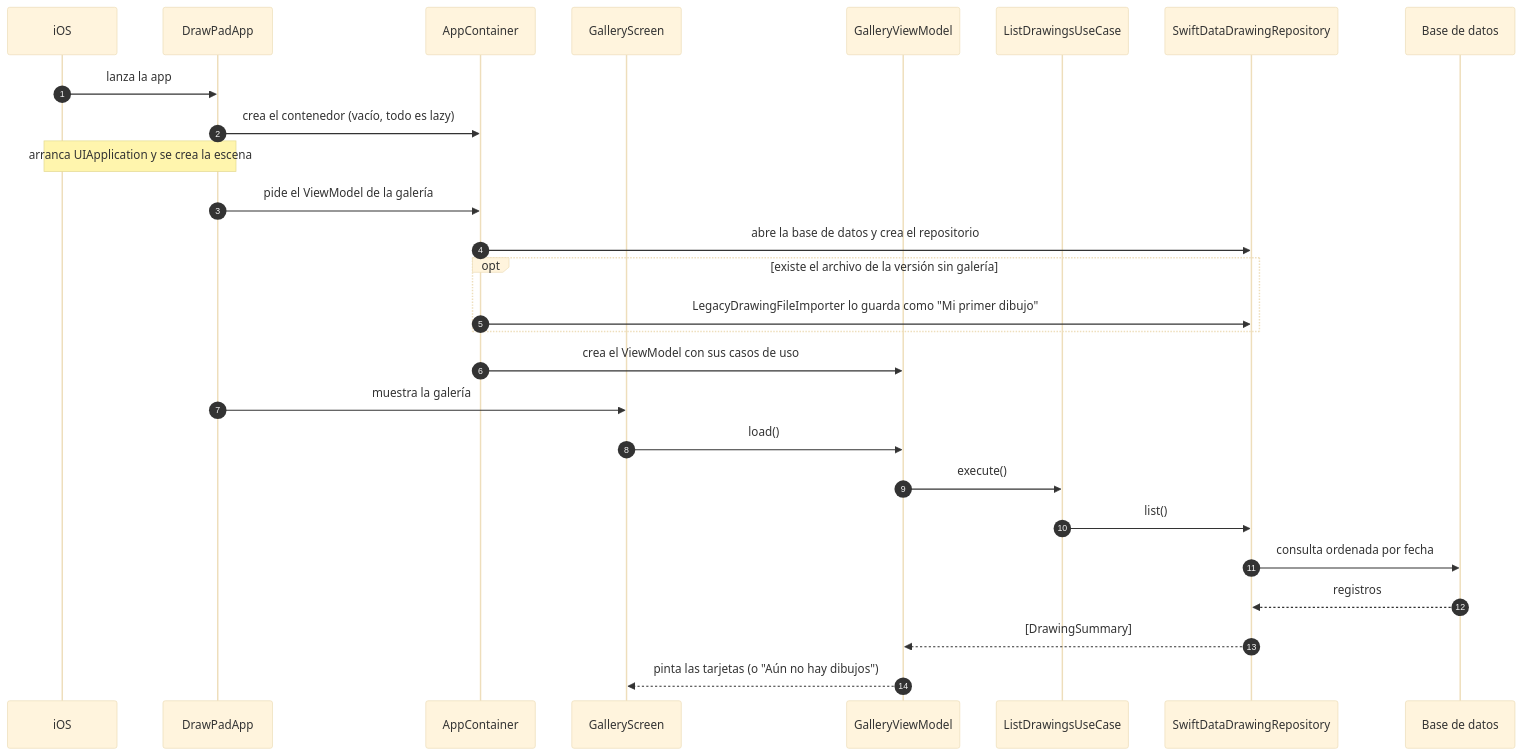
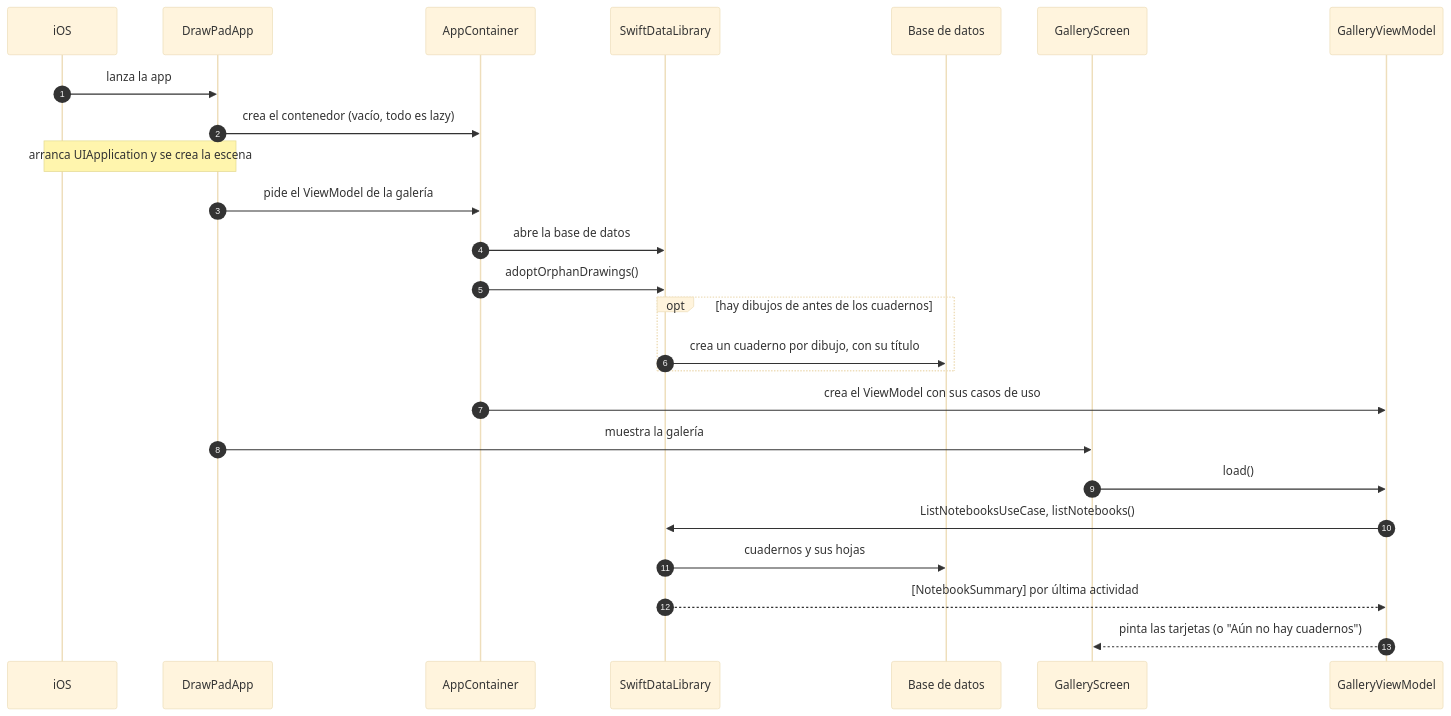
One commit to jhonjairo6230/DrawPad changed the third of 10 diagrams in docs/arquitectura.md. Above: the diagram before and after it, drawn with Mermaid (base theme). The commit also changed other lines of this file and 57 other files, not shown here.

First line of the commit message:
Añadir cuadernos con hojas

````diff
--- a/docs/arquitectura.md
+++ b/docs/arquitectura.md
@@ -295,30 +363,28 @@
 ```mermaid
 sequenceDiagram
     autonumber
     participant iOS
     participant App as DrawPadApp
     participant C as AppContainer
+    participant L as SwiftDataLibrary
+    participant DB as Base de datos
     participant G as GalleryScreen
     participant GVM as GalleryViewModel
-    participant UC as ListDrawingsUseCase
-    participant R as SwiftDataDrawingRepository
-    participant DB as Base de datos
 
     iOS->>App: lanza la app
     App->>C: crea el contenedor (vacío, todo es lazy)
     Note over iOS,App: arranca UIApplication y se crea la escena
     App->>C: pide el ViewModel de la galería
-    C->>R: abre la base de datos y crea el repositorio
-    opt existe el archivo de la versión sin galería
-        C->>R: LegacyDrawingFileImporter lo guarda como "Mi primer dibujo"
+    C->>L: abre la base de datos
+    C->>L: adoptOrphanDrawings()
+    opt hay dibujos de antes de los cuadernos
+        L->>DB: crea un cuaderno por dibujo, con su título
     end
     C->>GVM: crea el ViewModel con sus casos de uso
     App->>G: muestra la galería
     G->>GVM: load()
-    GVM->>UC: execute()
-    UC->>R: list()
-    R->>DB: consulta ordenada por fecha
-    DB-->>R: registros
-    R-->>GVM: [DrawingSummary]
-    GVM-->>G: pinta las tarjetas (o "Aún no hay dibujos")
+    GVM->>L: ListNotebooksUseCase, listNotebooks()
+    L->>DB: cuadernos y sus hojas
+    L-->>GVM: [NotebookSummary] por última actividad
+    GVM-->>G: pinta las tarjetas (o "Aún no hay cuadernos")
 ```
````
